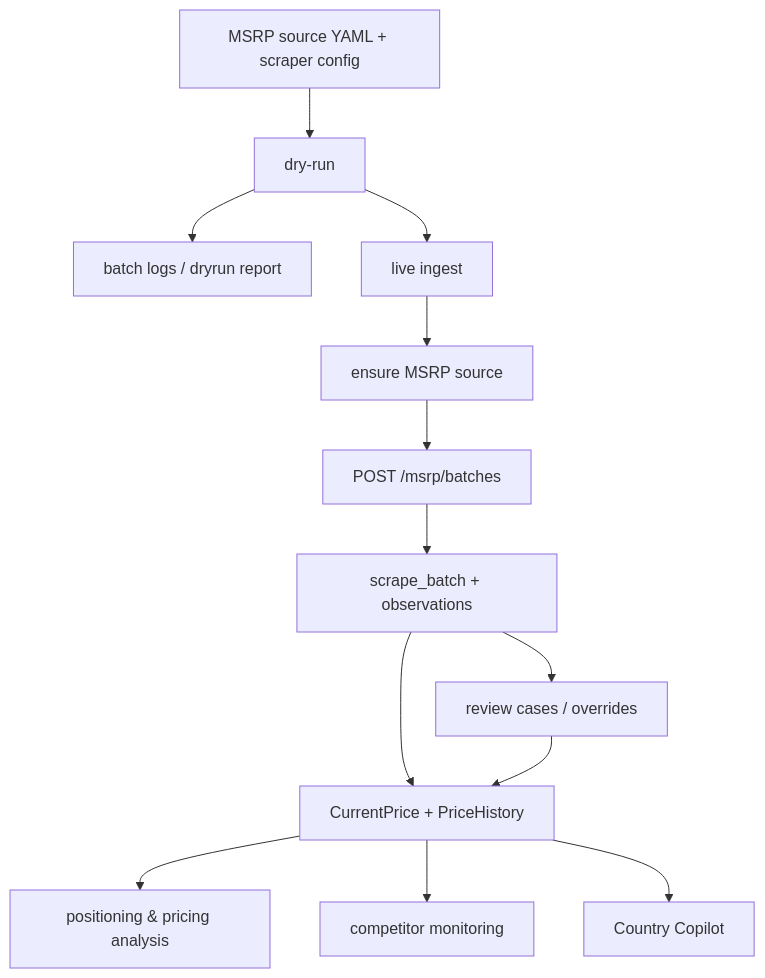
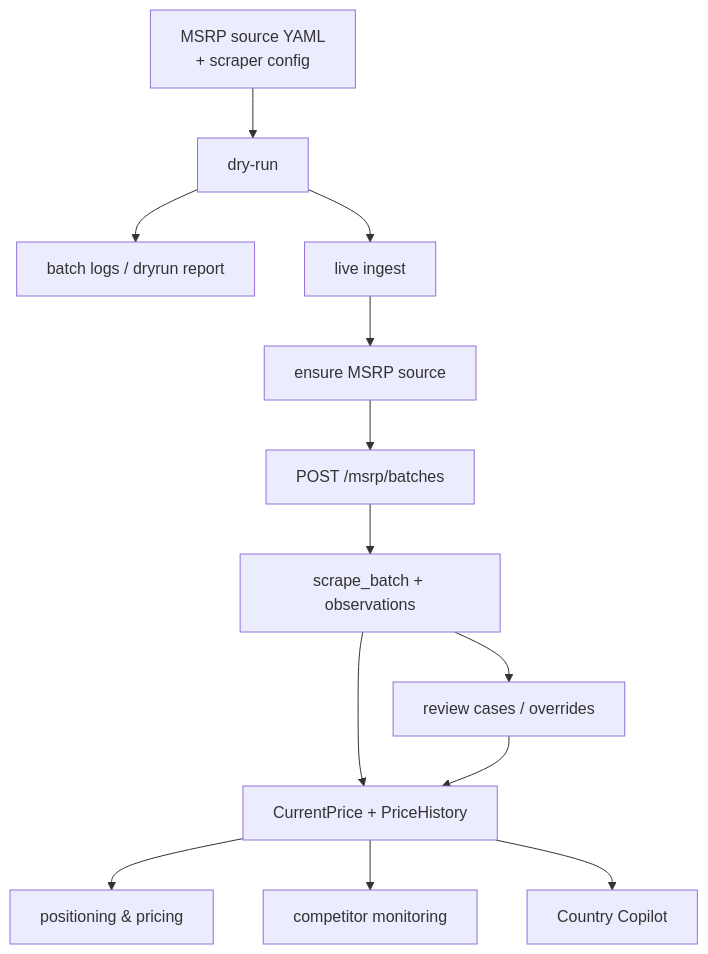
One commit to tristan419/JATO_Analysis_System changed the third of 7 diagrams in Markdown_Readme/Fullstack/WORKFLOWS/BUSINESS_PIPELINE_WORKFLOWS.md. Above: the diagram before and after it, drawn with Mermaid. The commit also changed other lines of this file and 20 other files, not shown here.

````diff
--- a/Markdown_Readme/Fullstack/WORKFLOWS/BUSINESS_PIPELINE_WORKFLOWS.md
+++ b/Markdown_Readme/Fullstack/WORKFLOWS/BUSINESS_PIPELINE_WORKFLOWS.md
@@ -106,15 +114,15 @@
 ```mermaid
 flowchart TD
-  A[MSRP source YAML + scraper config] --> B[dry-run]
+  A[MSRP source YAML\n+ scraper config] --> B[dry-run]
   B --> C[batch logs / dryrun report]
   B --> D[live ingest]
   D --> E[ensure MSRP source]
   E --> F[POST /msrp/batches]
   F --> G[scrape_batch + observations]
   G --> H[review cases / overrides]
   G --> I[CurrentPrice + PriceHistory]
   H --> I
-  I --> J[positioning & pricing analysis]
+  I --> J[positioning & pricing]
   I --> K[competitor monitoring]
   I --> L[Country Copilot]
 ```
````
